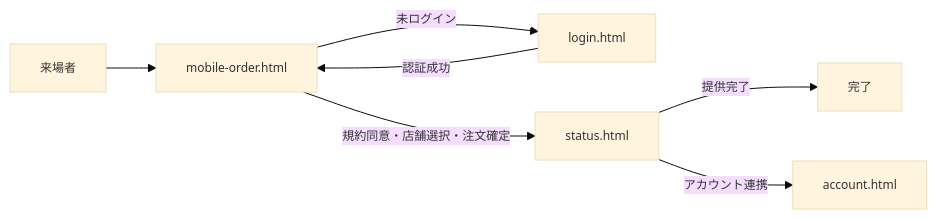
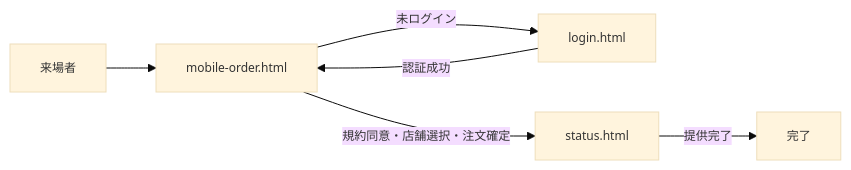
Before and after one commit to ynr-cs/nanryosai2026: the first of 3 diagrams in 設計図/sandbox/第5章.md, drawn with Mermaid. The commit also changed other lines of this file and 2 other files, not shown here.

````diff
--- a/設計図/sandbox/第5章.md
+++ b/設計図/sandbox/第5章.md
@@ -428,10 +466,9 @@
 ```mermaid
 %%{init: {'theme': 'base', 'themeVariables': { 'fontSize': '12px' }}}%%
 flowchart LR
     A[来場者] --> B[mobile-order.html]
     B -->|未ログイン| C[login.html]
     C -->|認証成功| B
     B -->|規約同意・店舗選択・注文確定| D[status.html]
     D -->|提供完了| E[完了]
-    D -->|アカウント連携| F[account.html]
 ```
````
